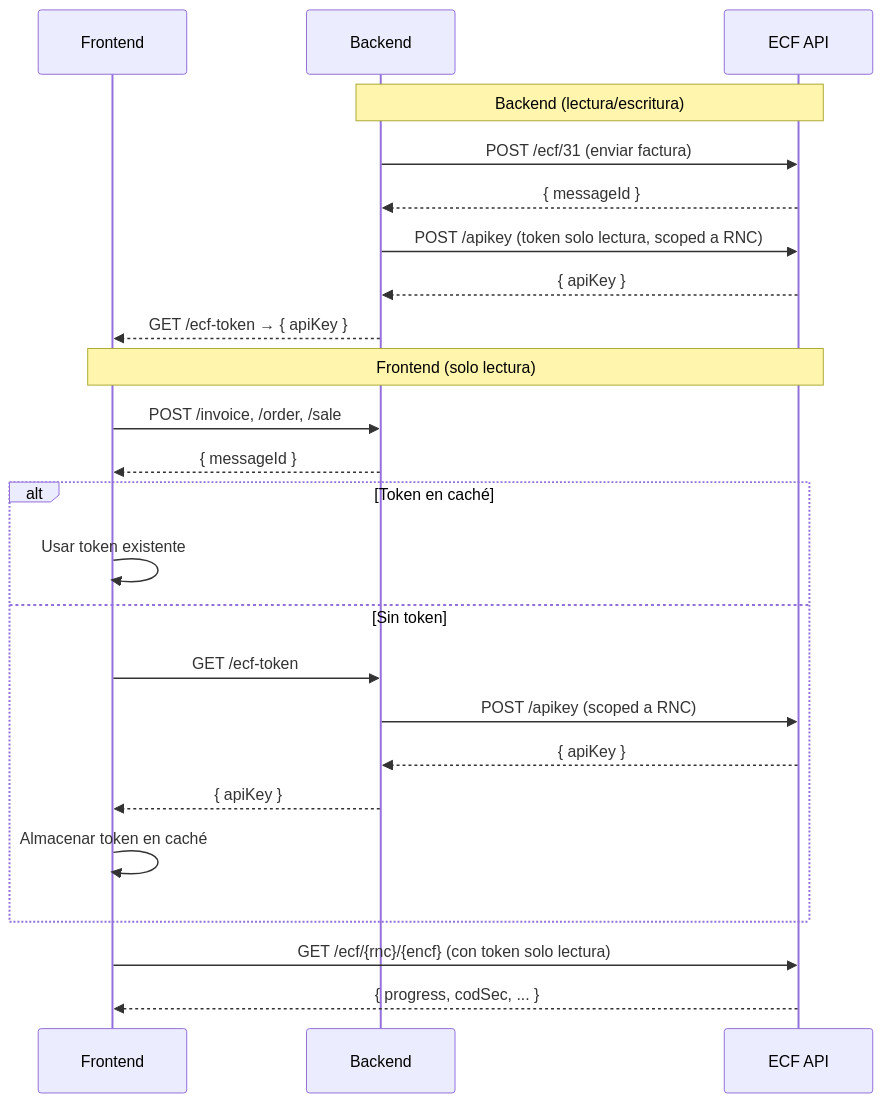
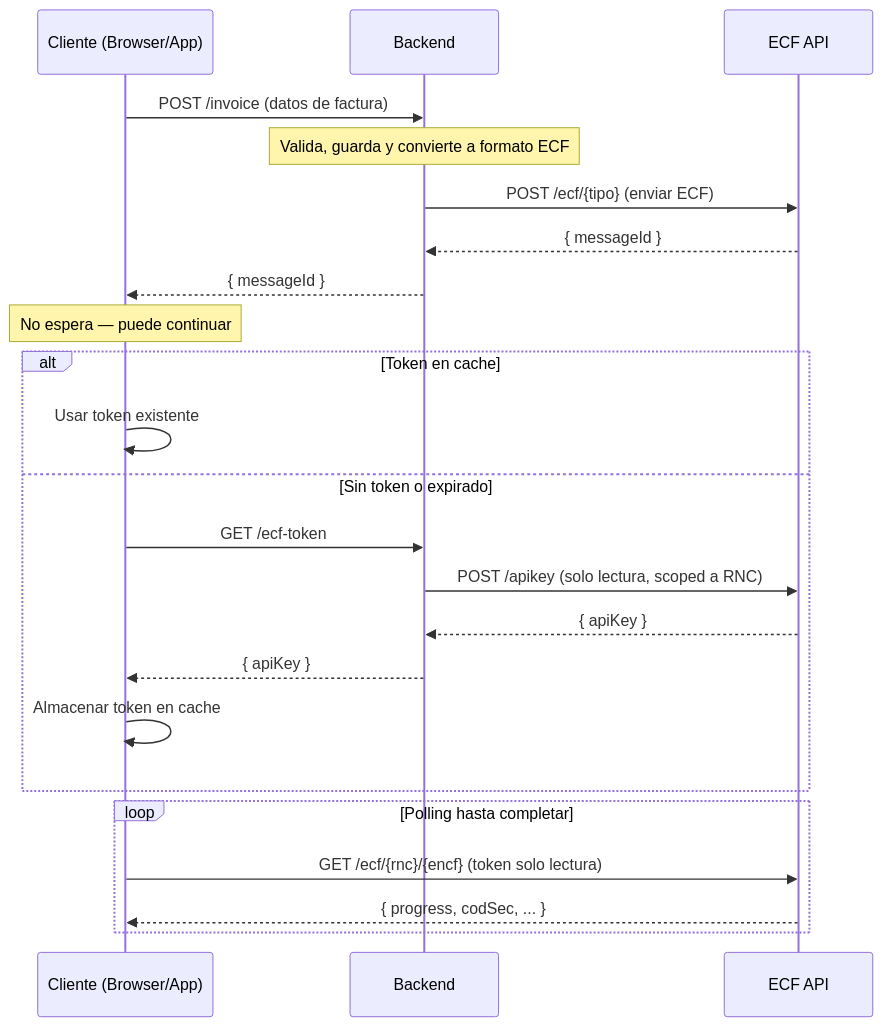
One commit to SSD-Smart-Software-Development-SRL/ecf_dgii changed the diagram in .net/README.md. Above: the diagram before and after it, drawn with Mermaid. The commit also changed other lines of this file and 21 other files, not shown here.

````diff
--- a/.net/README.md
+++ b/.net/README.md
@@ -288,30 +288,30 @@
 ```mermaid
 sequenceDiagram
-    participant FE as Frontend
+    participant C as Cliente (Browser/App)
     participant BE as Backend
     participant ECF as ECF API
 
-    Note over BE,ECF: Backend (lectura/escritura)
-    BE->>ECF: POST /ecf/31 (enviar factura)
+    C->>BE: POST /invoice (datos de factura)
+    Note over BE: Valida, guarda y convierte a formato ECF
+
+    BE->>ECF: POST /ecf/{tipo} (enviar ECF)
     ECF-->>BE: { messageId }
-    BE->>ECF: POST /apikey (token solo lectura, scoped a RNC)
-    ECF-->>BE: { apiKey }
-    BE-->>FE: GET /ecf-token → { apiKey }
+    BE-->>C: { messageId }
 
-    Note over FE,ECF: Frontend (solo lectura)
-    FE->>BE: POST /invoice, /order, /sale
-    BE-->>FE: { messageId }
+    Note over C: No espera — puede continuar
 
-    alt Token en caché
-        FE->>FE: Usar token existente
-    else Sin token
-        FE->>BE: GET /ecf-token
-        BE->>ECF: POST /apikey (scoped a RNC)
+    alt Token en cache
+        C->>C: Usar token existente
+    else Sin token o expirado
+        C->>BE: GET /ecf-token
+        BE->>ECF: POST /apikey (solo lectura, scoped a RNC)
         ECF-->>BE: { apiKey }
-        BE-->>FE: { apiKey }
-        FE->>FE: Almacenar token en caché
+        BE-->>C: { apiKey }
+        C->>C: Almacenar token en cache
     end
 
-    FE->>ECF: GET /ecf/{rnc}/{encf} (con token solo lectura)
-    ECF-->>FE: { progress, codSec, ... }
+    loop Polling hasta completar
+        C->>ECF: GET /ecf/{rnc}/{encf} (token solo lectura)
+        ECF-->>C: { progress, codSec, ... }
+    end
 ```
````
